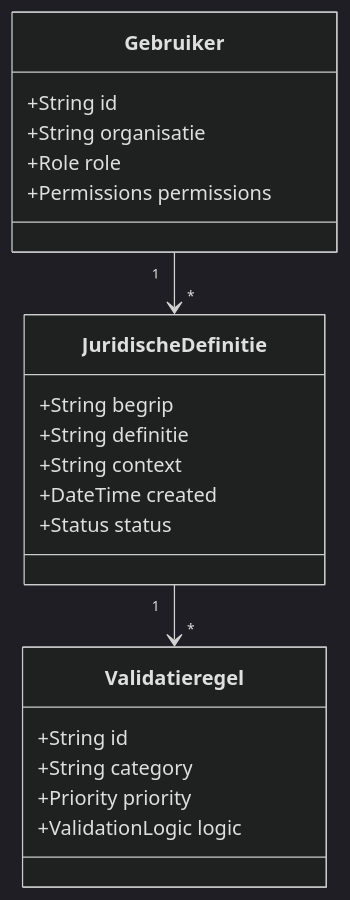
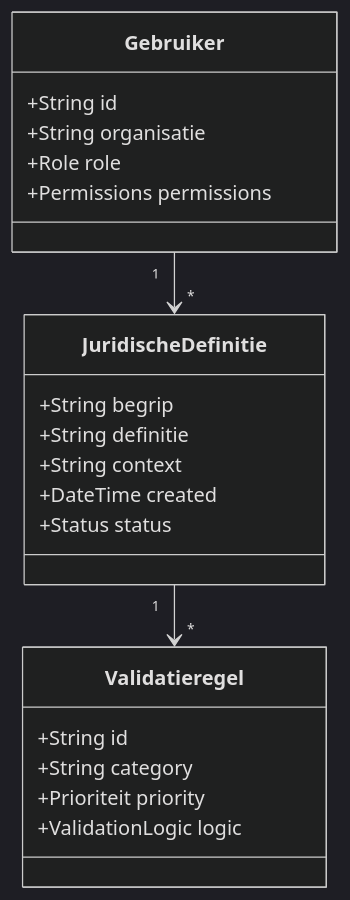
The fourth of 6 diagrams in docs/architectuur/templates/ENTERPRISE_ARCHITECTURE_TEMPLATE.md (Chris-Lehnen-ICT-CONSULTING/Definitie-app-zakelijk), drawn with Mermaid (dark theme) before and after one commit. The commit also changed other lines of this file and 707 other files, not shown here.

````diff
--- a/docs/architectuur/templates/ENTERPRISE_ARCHITECTURE_TEMPLATE.md
+++ b/docs/architectuur/templates/ENTERPRISE_ARCHITECTURE_TEMPLATE.md
@@ -212,27 +217,27 @@
 ```mermaid
 classDiagram
     class JuridischeDefinitie {
         +String begrip
         +String definitie
         +String context
         +DateTime created
         +Status status
     }
 
     class Validatieregel {
         +String id
         +String category
-        +Priority priority
+        +Prioriteit priority
         +ValidationLogic logic
     }
 
     class Gebruiker {
         +String id
         +String organisatie
         +Role role
         +Permissions permissions
     }
 
     JuridischeDefinitie "1" --> "*" Validatieregel
     Gebruiker "1" --> "*" JuridischeDefinitie
 ```
````
